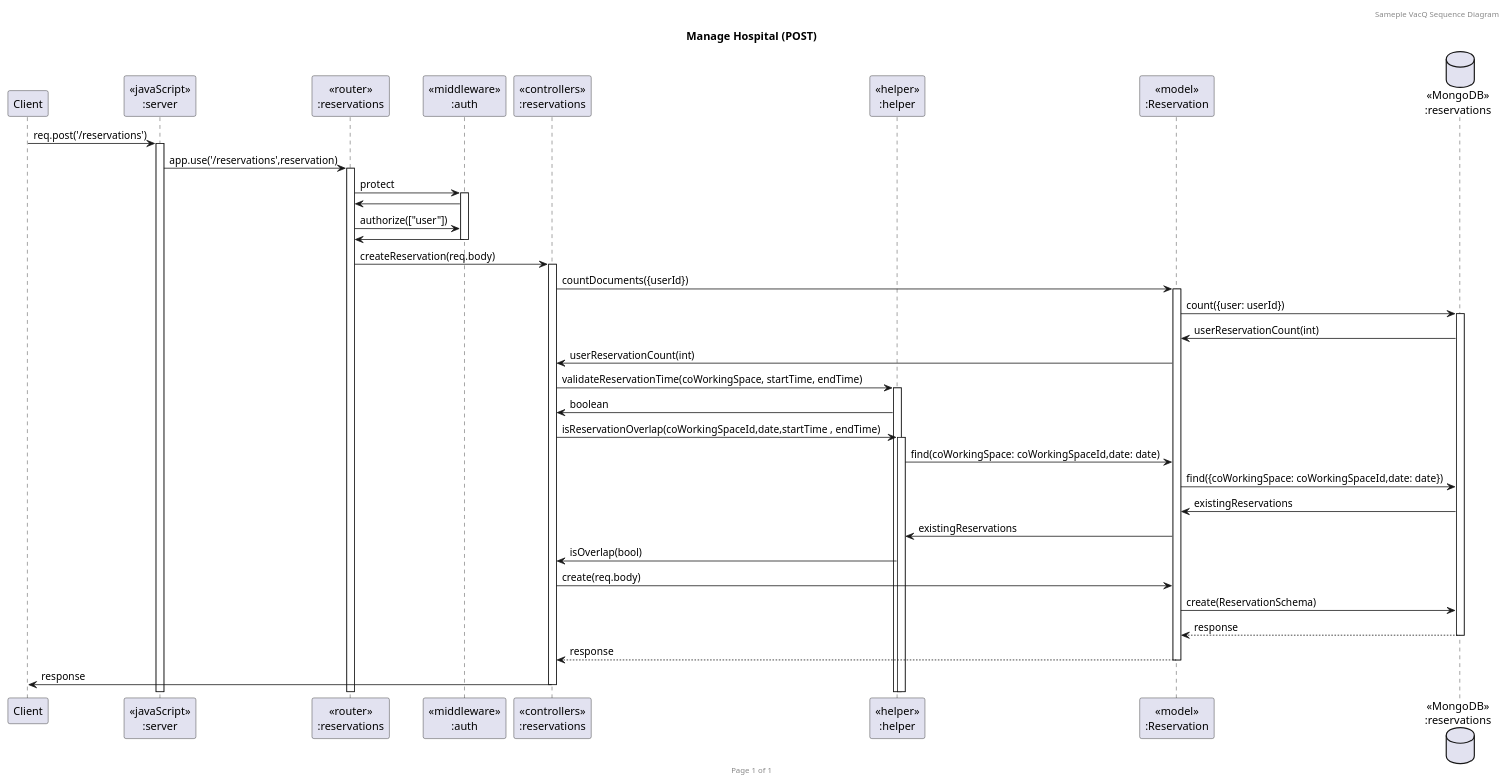
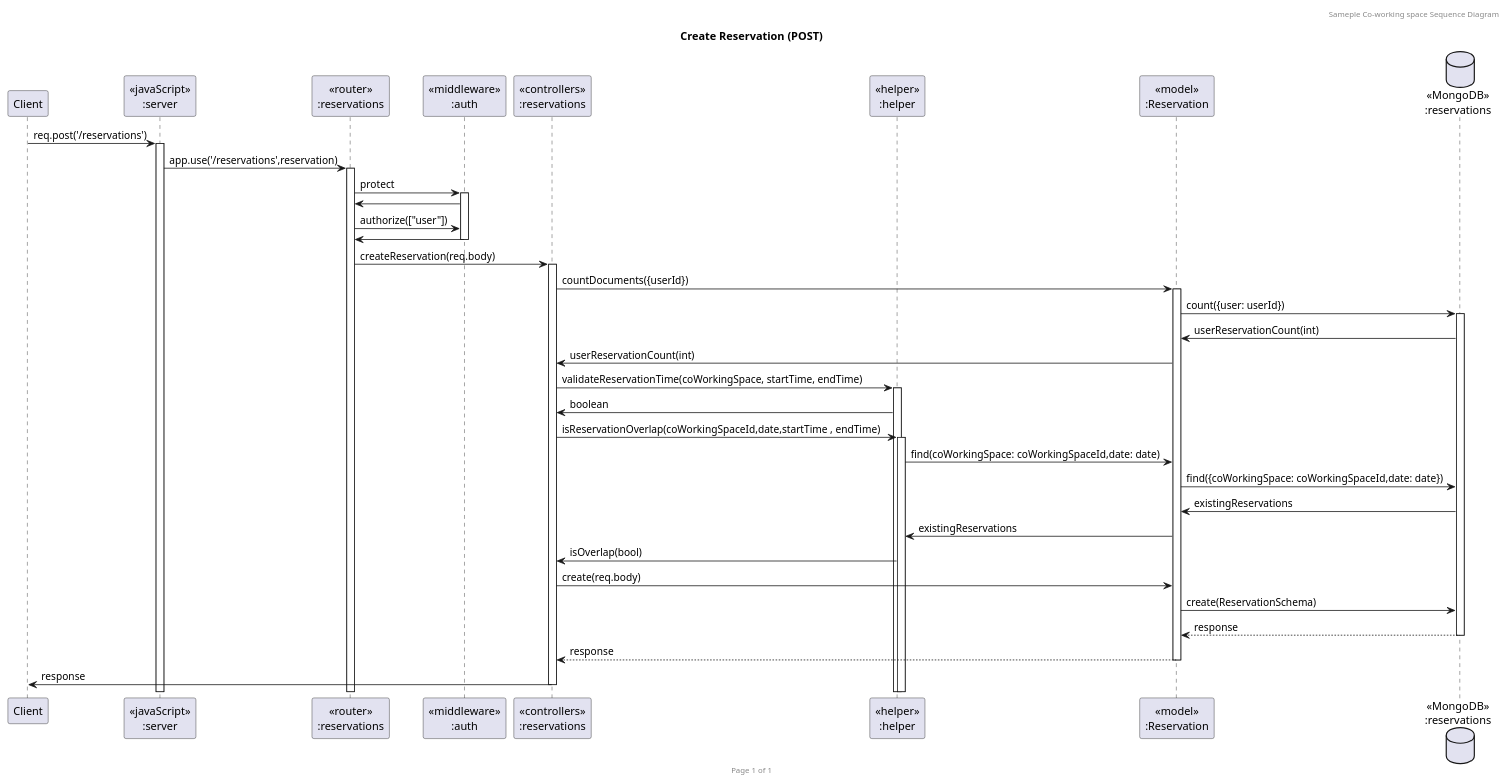
One commit to GavinITP/co-working-space-reservation changed the diagram in uml/coWorking_reservation_post.puml. Above: the diagram before and after it, drawn with PlantUML. The commit also changed 4 other files, not shown here.

```diff
--- a/uml/coWorking_reservation_post.puml
+++ b/uml/coWorking_reservation_post.puml
@@ -1,43 +1,43 @@
-@startuml Manage Hospital (POST)
+@startuml Create Reservation (POST)
 
-header Sameple VacQ Sequence Diagram
+header Sameple Co-working space Sequence Diagram
 footer Page %page% of %lastpage%
-title "Manage Hospital (POST)"
+title "Create Reservation (POST)"
 
 participant "Client" as client
 participant "<<javaScript>>\n:server" as server
 participant "<<router>>\n:reservations" as routerReservation
 participant "<<middleware>>\n:auth" as middleware
 participant "<<controllers>>\n:reservations" as controllersReservation
 participant "<<helper>>\n:helper" as helper
 participant "<<model>>\n:Reservation" as modelReservation
 database "<<MongoDB>>\n:reservations" as ReservationDatabase
 
 client->server ++:req.post('/reservations')
 server->routerReservation ++:app.use('/reservations',reservation)
 routerReservation -> middleware ++: protect
 middleware -> routerReservation : 
 routerReservation -> middleware : authorize(["user"])
 middleware -> routerReservation --: 
 routerReservation -> controllersReservation ++:createReservation(req.body)
 controllersReservation -> modelReservation ++: countDocuments({userId})
 modelReservation -> ReservationDatabase ++: count({user: userId})
 ReservationDatabase -> modelReservation : userReservationCount(int)
 modelReservation -> controllersReservation : userReservationCount(int)
 controllersReservation -> helper ++: validateReservationTime(coWorkingSpace, startTime, endTime)
 helper -> controllersReservation : boolean
 controllersReservation -> helper ++: isReservationOverlap(coWorkingSpaceId,date,startTime , endTime)
 helper -> modelReservation : find(coWorkingSpace: coWorkingSpaceId,date: date)
 modelReservation -> ReservationDatabase: find({coWorkingSpace: coWorkingSpaceId,date: date})
 ReservationDatabase -> modelReservation: existingReservations
 modelReservation -> helper : existingReservations
 helper -> controllersReservation : isOverlap(bool)
 
 ' modelReservation -> controllersReservation : response
 controllersReservation->modelReservation :create(req.body)
 modelReservation ->ReservationDatabase : create(ReservationSchema)
 ReservationDatabase --> modelReservation --: response
 controllersReservation <-- modelReservation --: response
 controllersReservation->client --:response
 
 @enduml
```
